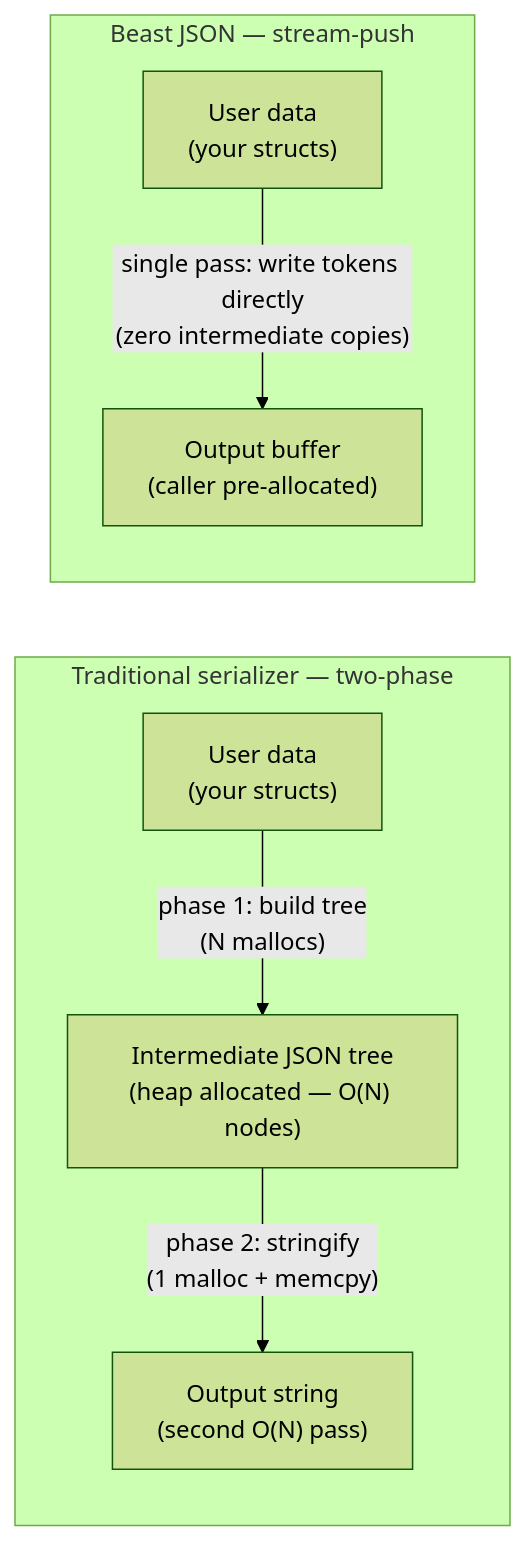
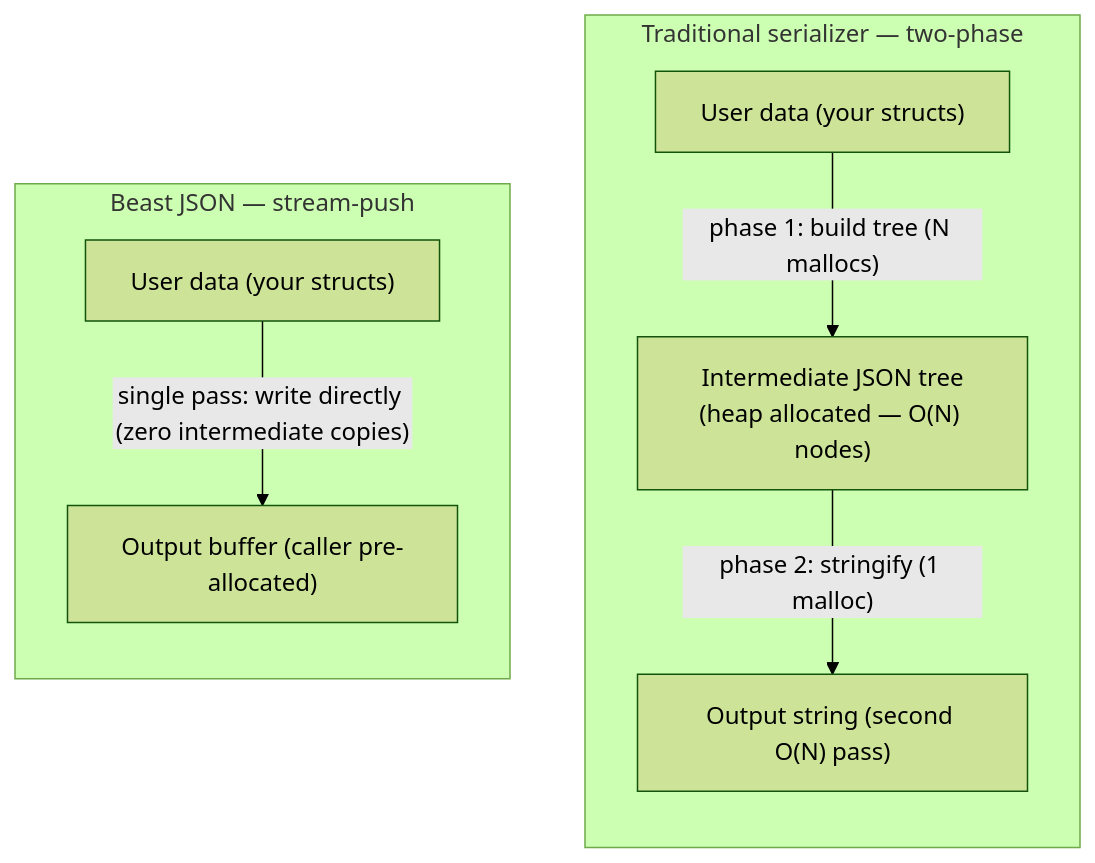
Before and after one commit to the-lkb/beast-json: the seventh of 7 diagrams in docs/theory/zero-allocation.md, drawn with Mermaid (forest theme). The commit also changed other lines of this file and 4 other files, not shown here.

````diff
--- a/docs/theory/zero-allocation.md
+++ b/docs/theory/zero-allocation.md
@@ -189,18 +169,18 @@
 ```mermaid
-flowchart LR
+flowchart TB
     subgraph OLD["Traditional serializer — two-phase"]
         direction TB
-        D1["User data\n(your structs)"]
-        D2["Intermediate JSON tree\n(heap allocated — O(N) nodes)"]
-        D3["Output string\n(second O(N) pass)"]
-        D1 -->|"phase 1: build tree\n(N mallocs)"| D2
-        D2 -->|"phase 2: stringify\n(1 malloc + memcpy)"| D3
+        D1["User data (your structs)"]
+        D2["Intermediate JSON tree<br/>(heap allocated — O(N) nodes)"]
+        D3["Output string (second O(N) pass)"]
+        D1 -->|"phase 1: build tree (N mallocs)"| D2
+        D2 -->|"phase 2: stringify (1 malloc)"| D3
     end
 
     subgraph NEW["Beast JSON — stream-push"]
         direction TB
-        E1["User data\n(your structs)"]
-        E2["Output buffer\n(caller pre-allocated)"]
-        E1 -->|"single pass: write tokens directly\n(zero intermediate copies)"| E2
+        E1["User data (your structs)"]
+        E2["Output buffer (caller pre-allocated)"]
+        E1 -->|"single pass: write directly (zero intermediate copies)"| E2
     end
 ```
````
